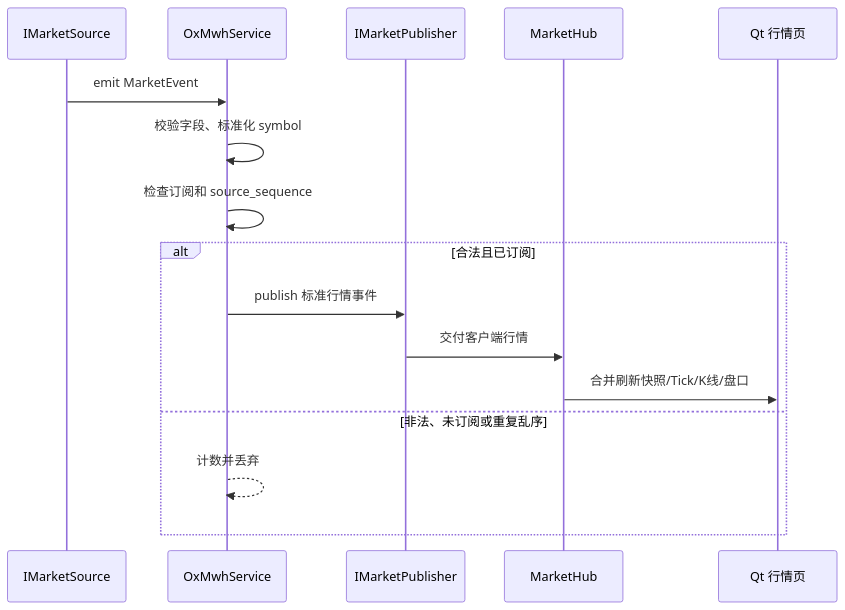
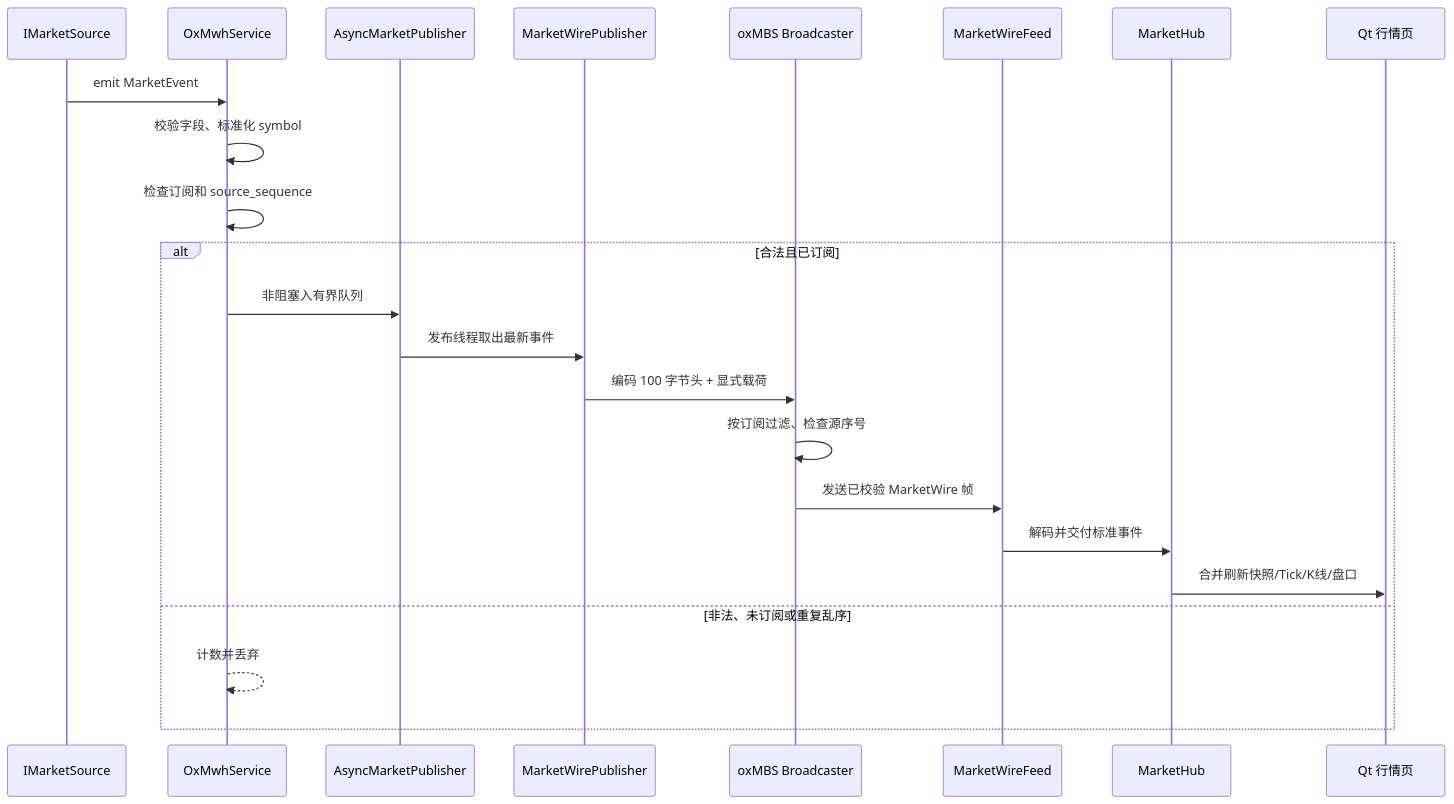
The third of 4 diagrams in docs/architecture/market-routing.md (Weatherbless2/oxtrade), drawn with Mermaid before and after one commit. The commit also changed other lines of this file and 4 other files, not shown here.

Commit message:
docs(market): document oxmwh to oxapp wire chain (#14)

````diff
--- a/docs/architecture/market-routing.md
+++ b/docs/architecture/market-routing.md
@@ -65,18 +70,25 @@
 ```mermaid
 sequenceDiagram
     participant S as IMarketSource
     participant M as OxMwhService
-    participant P as IMarketPublisher
+    participant Q as AsyncMarketPublisher
+    participant P as MarketWirePublisher
+    participant B as oxMBS Broadcaster
+    participant F as MarketWireFeed
     participant H as MarketHub
     participant U as Qt 行情页
     S->>M: emit MarketEvent
     M->>M: 校验字段、标准化 symbol
     M->>M: 检查订阅和 source_sequence
     alt 合法且已订阅
-        M->>P: publish 标准行情事件
-        P->>H: 交付客户端行情
+        M->>Q: 非阻塞入有界队列
+        Q->>P: 发布线程取出最新事件
+        P->>B: 编码 100 字节头 + 显式载荷
+        B->>B: 按订阅过滤、检查源序号
+        B->>F: 发送已校验 MarketWire 帧
+        F->>H: 解码并交付标准事件
         H->>U: 合并刷新快照/Tick/K线/盘口
     else 非法、未订阅或重复乱序
         M-->>M: 计数并丢弃
     end
 ```
````
